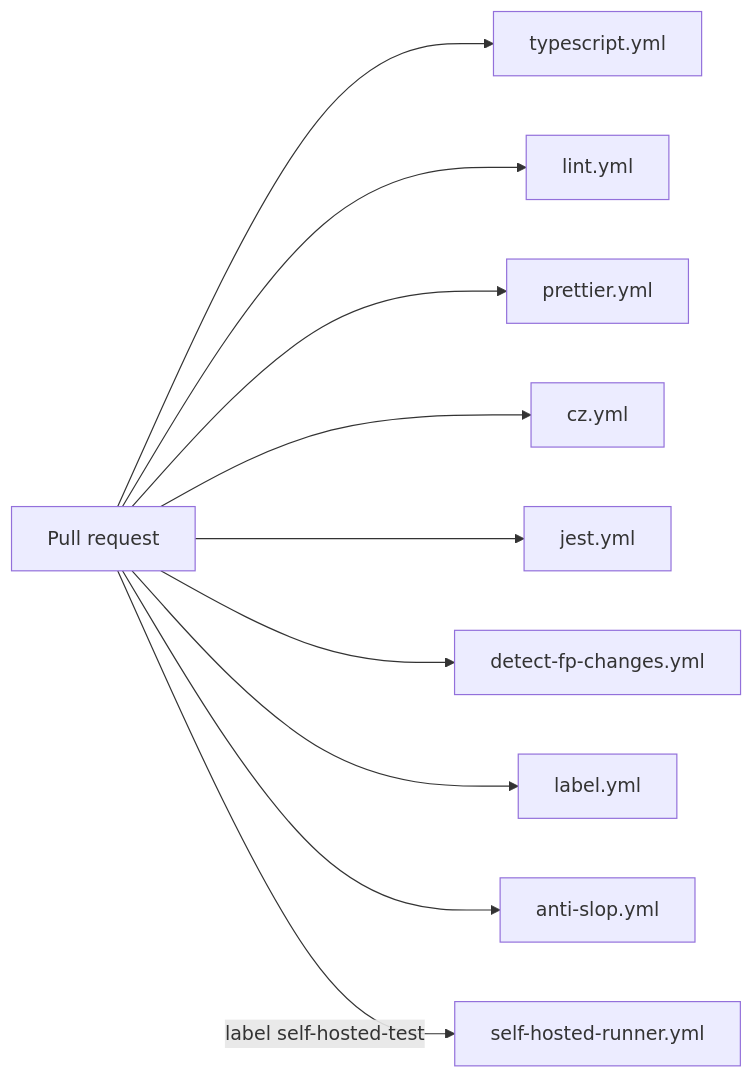
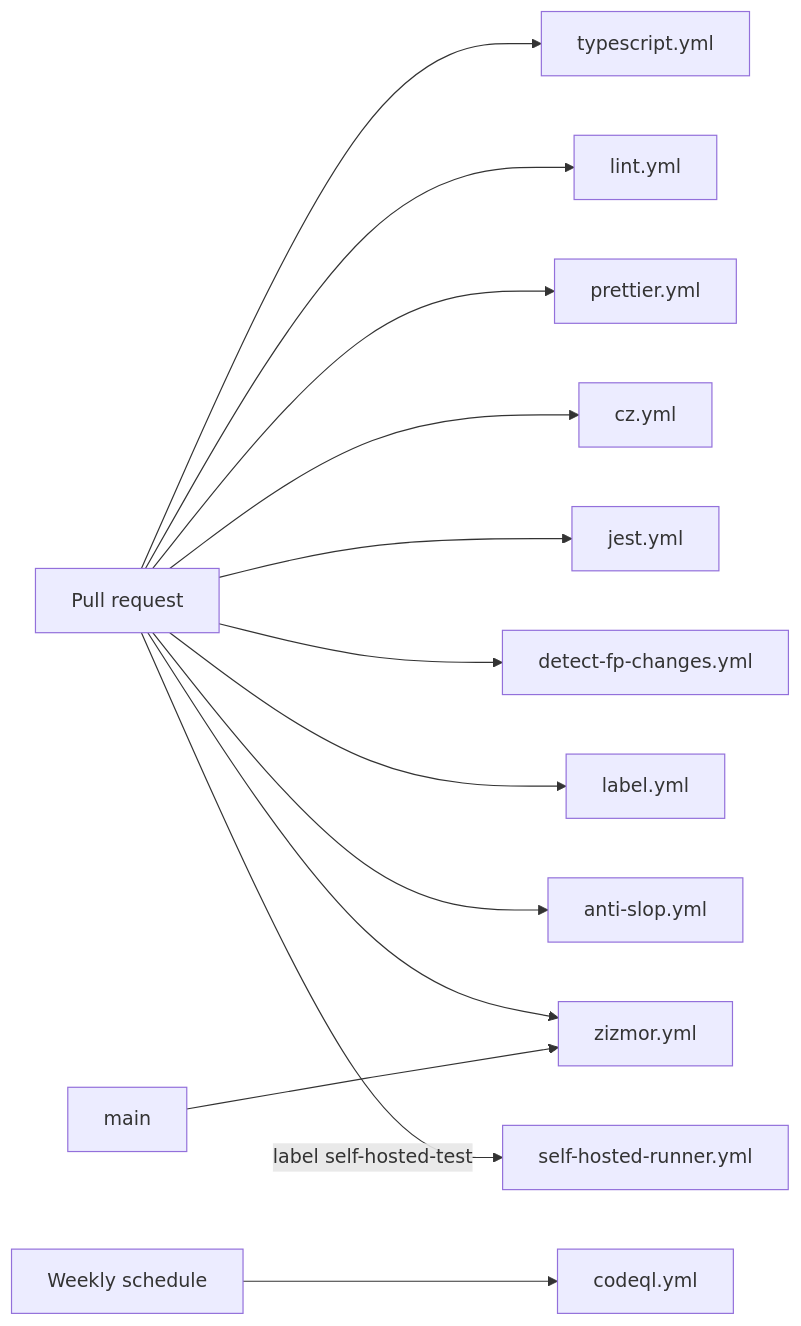
The first of 4 diagrams in README.md (luke-h1/foam), drawn with Mermaid before and after one commit. The commit also changed other lines of this file and 18 other files, not shown here.

````diff
--- a/README.md
+++ b/README.md
@@ -342,12 +343,15 @@
 ```mermaid
 flowchart LR
   PR[Pull request] --> TS[typescript.yml]
   PR --> Lint[lint.yml]
   PR --> Prettier[prettier.yml]
   PR --> CZ[cz.yml]
   PR --> Jest[jest.yml]
   PR --> FP[detect-fp-changes.yml]
   PR --> Label[label.yml]
   PR --> Slop[anti-slop.yml]
+  PR --> Zizmor[zizmor.yml]
   PR -->|label self-hosted-test| SH[self-hosted-runner.yml]
+  Main[main] --> Zizmor
+  Schedule[Weekly schedule] --> CodeQL[codeql.yml]
 ```
````
